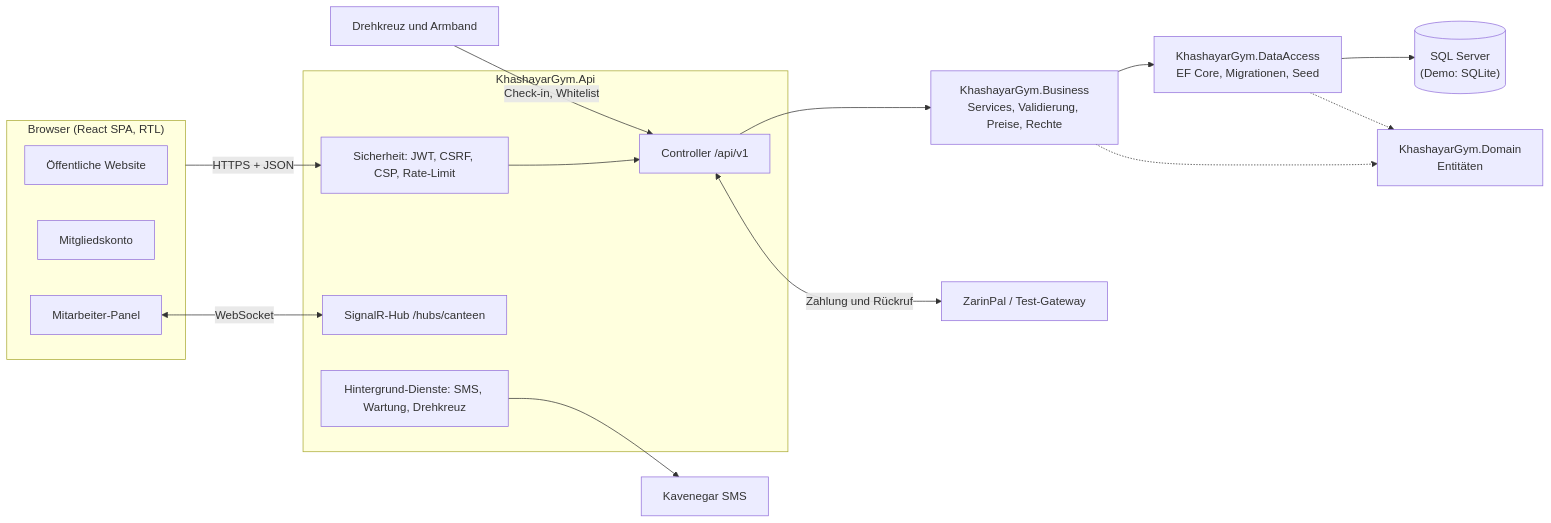
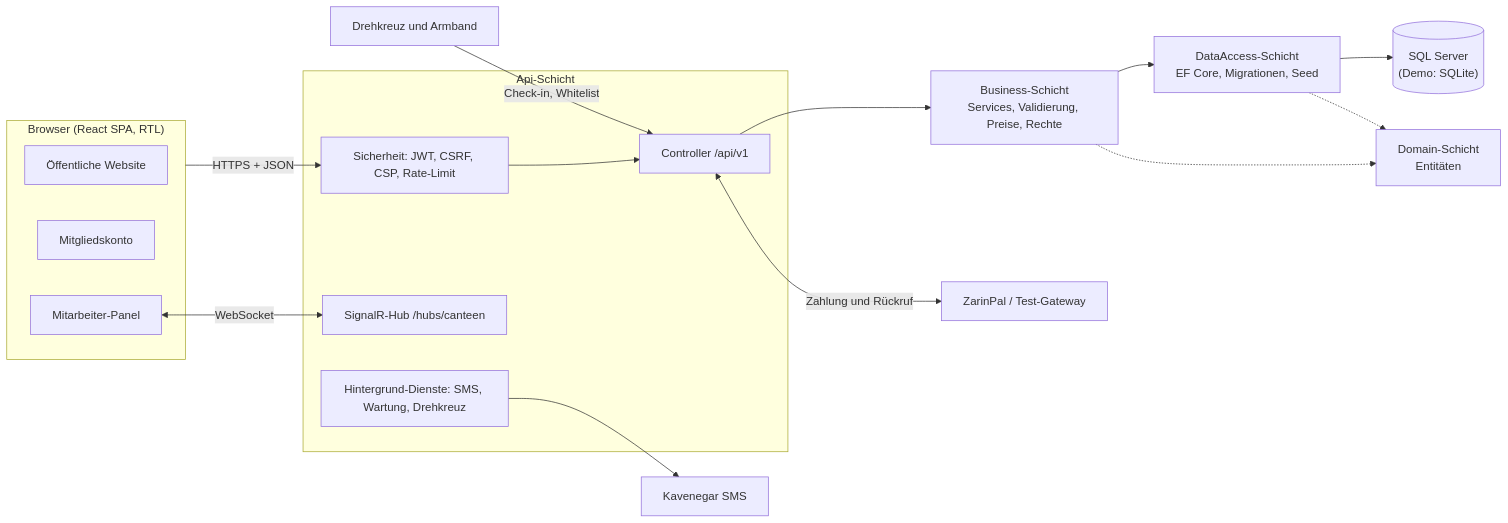
The first of 3 diagrams in README.md (amirafshar2/GYMWenApp), drawn with Mermaid before and after one commit. The commit also changed other lines of this file and 491 other files, not shown here.

````diff
--- a/README.md
+++ b/README.md
@@ -89,32 +89,32 @@
 ```mermaid
 flowchart LR
     subgraph Client["Browser (React SPA, RTL)"]
         Site["Öffentliche Website"]
         Member["Mitgliedskonto"]
         Panel["Mitarbeiter-Panel"]
     end
 
-    subgraph Api["KhashayarGym.Api"]
+    subgraph Api["Api-Schicht"]
         Ctrl["Controller /api/v1"]
         Sec["Sicherheit: JWT, CSRF, CSP, Rate-Limit"]
         Hub["SignalR-Hub /hubs/canteen"]
         Workers["Hintergrund-Dienste: SMS, Wartung, Drehkreuz"]
     end
 
-    Biz["KhashayarGym.Business<br/>Services, Validierung, Preise, Rechte"]
-    Data["KhashayarGym.DataAccess<br/>EF Core, Migrationen, Seed"]
-    Dom["KhashayarGym.Domain<br/>Entitäten"]
+    Biz["Business-Schicht<br/>Services, Validierung, Preise, Rechte"]
+    Data["DataAccess-Schicht<br/>EF Core, Migrationen, Seed"]
+    Dom["Domain-Schicht<br/>Entitäten"]
     DB[("SQL Server<br/>(Demo: SQLite)")]
 
     Pay["ZarinPal / Test-Gateway"]
     Sms["Kavenegar SMS"]
     Gate["Drehkreuz und Armband"]
 
     Client -->|HTTPS + JSON| Sec --> Ctrl --> Biz --> Data --> DB
     Panel <-->|WebSocket| Hub
     Biz -.-> Dom
     Data -.-> Dom
     Ctrl <-->|Zahlung und Rückruf| Pay
     Workers --> Sms
     Gate -->|Check-in, Whitelist| Ctrl
 ```
````
